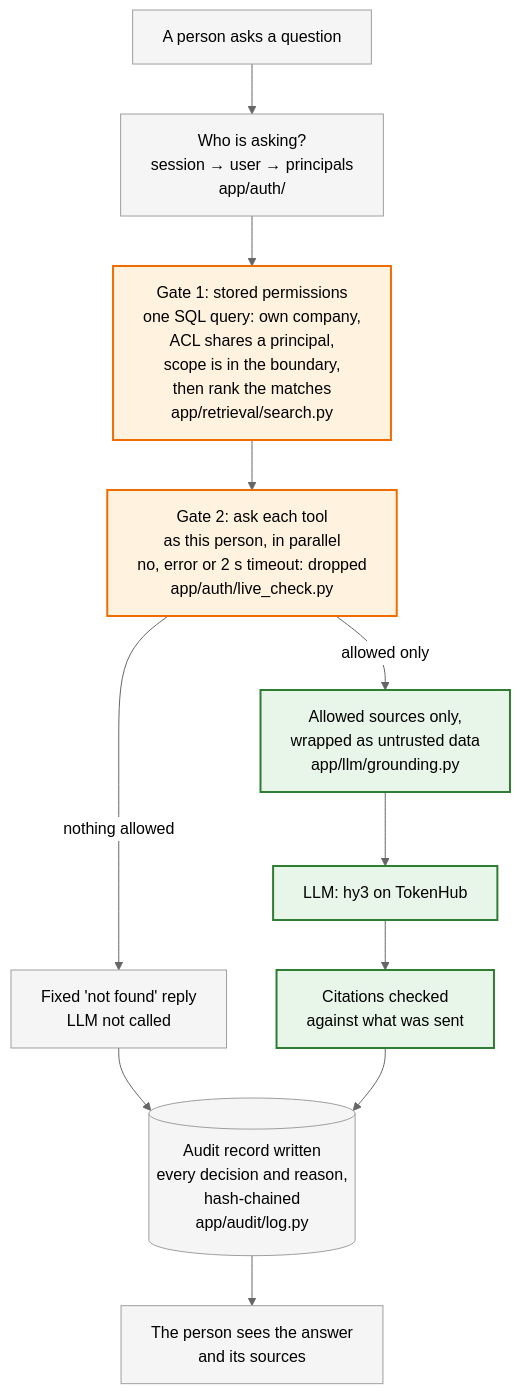
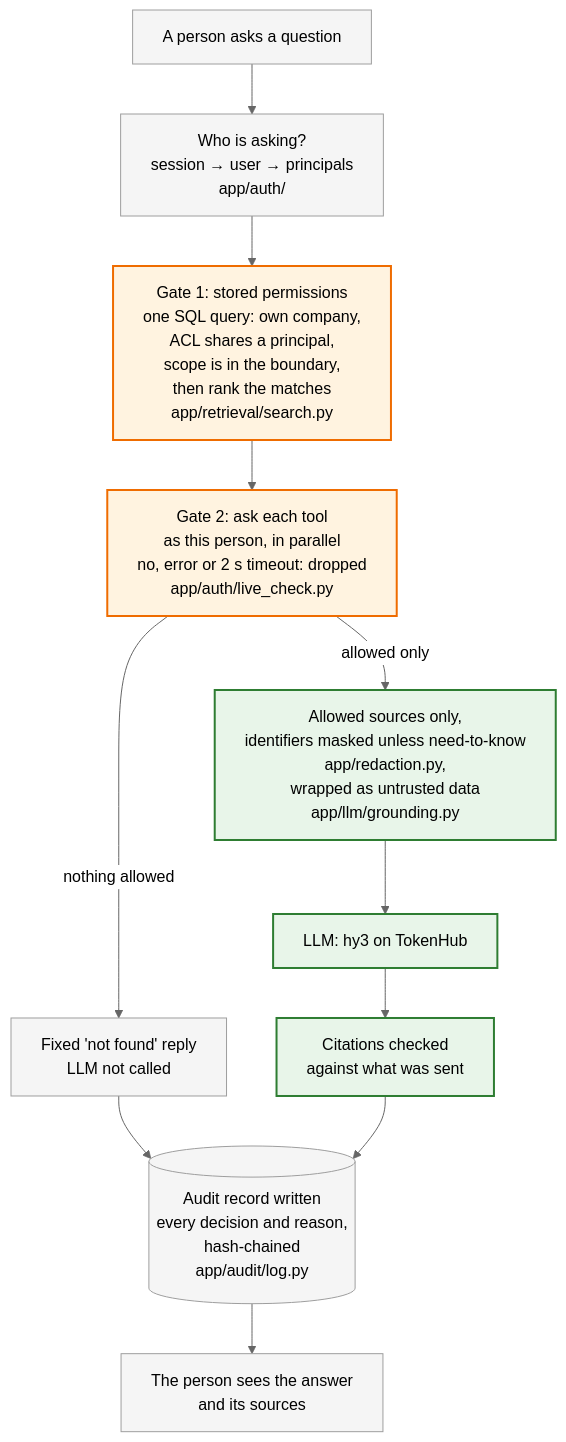
The first of 6 diagrams in docs/ARCHITECTURE.md (gabriel-wan/tencent-hackathon-fintech), drawn with Mermaid (neutral theme) before and after one commit. The commit also changed other lines of this file and 6 other files, not shown here.

First line of the commit message:
docs: describe the Need-to-Know Shield in the guides

````diff
--- a/docs/ARCHITECTURE.md
+++ b/docs/ARCHITECTURE.md
@@ -36,29 +36,29 @@
 ```mermaid
 %%{init: {"flowchart": {"wrappingWidth": 360}}}%%
 flowchart TB
     U["A person asks a question"]
     ID["Who is asking?<br/>session → user → principals<br/>app/auth/"]
     G1["Gate 1: stored permissions<br/>one SQL query: own company,<br/>ACL shares a principal,<br/>scope is in the boundary,<br/>then rank the matches<br/>app/retrieval/search.py"]
     G2["Gate 2: ask each tool<br/>as this person, in parallel<br/>no, error or 2 s timeout: dropped<br/>app/auth/live_check.py"]
     N["Fixed 'not found' reply<br/>LLM not called"]
-    C["Allowed sources only,<br/>wrapped as untrusted data<br/>app/llm/grounding.py"]
+    C["Allowed sources only,<br/>identifiers masked unless need-to-know<br/>app/redaction.py,<br/>wrapped as untrusted data<br/>app/llm/grounding.py"]
     M["LLM: hy3 on TokenHub"]
     V["Citations checked<br/>against what was sent"]
     A[("Audit record written<br/>every decision and reason,<br/>hash-chained<br/>app/audit/log.py")]
     R["The person sees the answer<br/>and its sources"]
 
     U --> ID --> G1 --> G2
     G2 -->|"nothing allowed"| N
     G2 -->|"allowed only"| C
     C --> M --> V
     N --> A
     V --> A
     A --> R
 
     classDef gate fill:#fff3e0,stroke:#ef6c00,stroke-width:2px,color:#000
     classDef llm fill:#e8f5e9,stroke:#2e7d32,stroke-width:2px,color:#000
     classDef plain fill:#f5f5f5,stroke:#9e9e9e,color:#000
     class G1,G2 gate
     class C,M,V llm
     class U,ID,N,A,R plain
 ```
````
